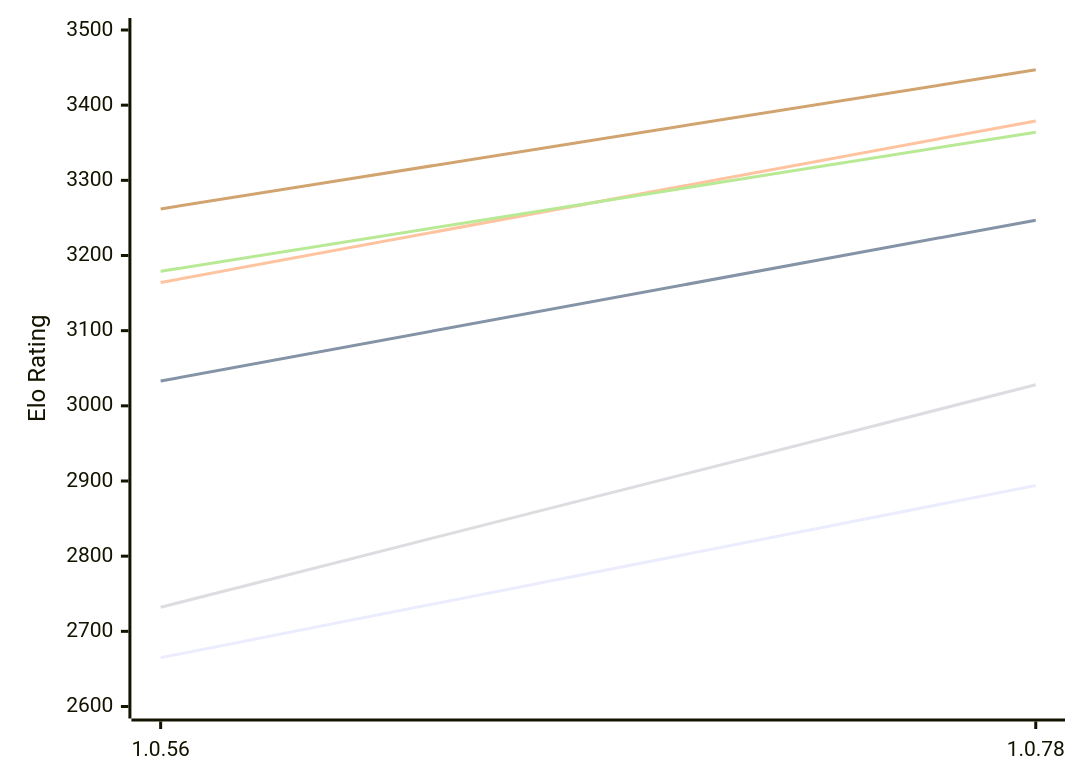
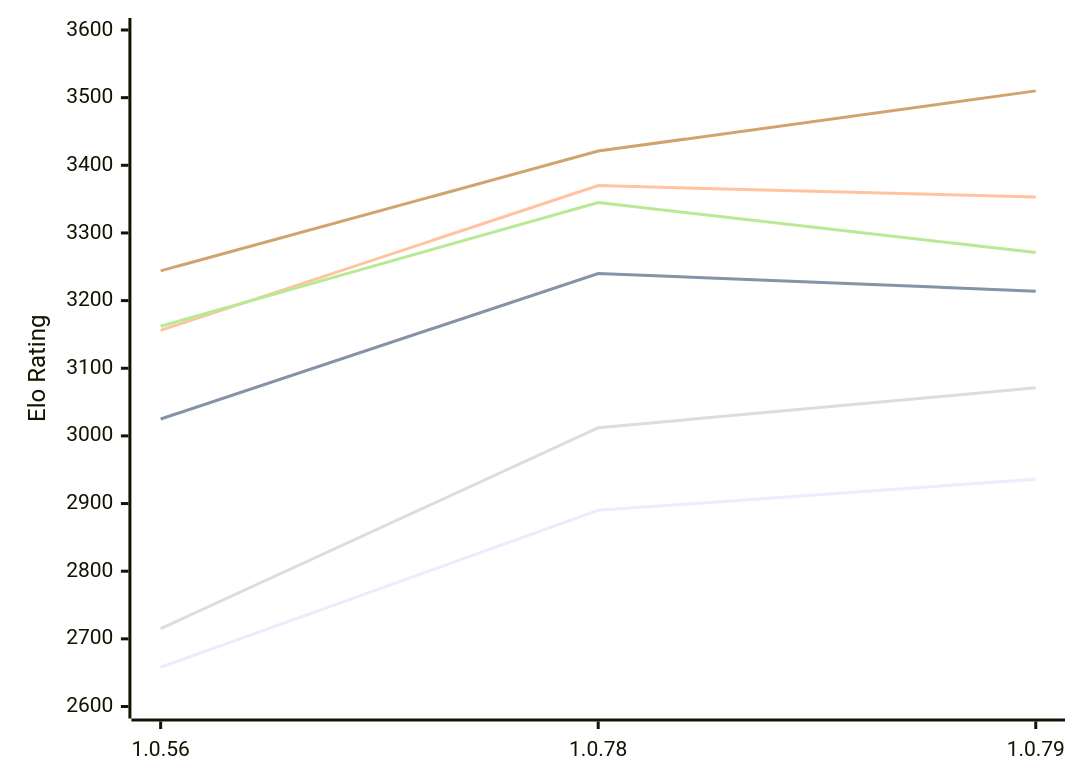
The first of 2 diagrams in engines/RustyRival.md (computer-chess-index/cci), drawn with Mermaid before and after one commit. The commit also changed other lines of this file, not shown here.

Commit message:
Update CCI Ratings (ELO VLTC) - 2026-11-02

````diff
--- a/engines/RustyRival.md
+++ b/engines/RustyRival.md
@@ -63,12 +65,12 @@
 ```mermaid
 %%{init: {"theme":"base","themeVariables":{"seriesColors:['#a3a3a3','#222221','#faa371']}}}%%
 xychart-beta
-  x-axis ["1.0.56", "1.0.78"]
-  y-axis "Elo Rating" 2600 --> 3500
-  line "E1: STC (8.0+0.08s)" [2665, 2894]
-  line "E1: LTC (60.0+0.60s)" [3033, 3247]
-  line "E1: VLTC (2m24s+1.12s)" [3164, 3379]
-  line "P1: STC (8.0+0.08s)" [2732, 3028]
-  line "P1: LTC (60.0+0.60s)" [3179, 3364]
-  line "P1: VLTC (2m24s+1.12s)" [3262, 3447]
+  x-axis ["1.0.56", "1.0.78", "1.0.79"]
+  y-axis "Elo Rating" 2600 --> 3600
+  line "E1: STC (8.0+0.08s)" [2658, 2890, 2936]
+  line "E1: LTC (60.0+0.60s)" [3025, 3240, 3214]
+  line "E1: VLTC (2m24s+1.12s)" [3156, 3370, 3353]
+  line "P1: STC (8.0+0.08s)" [2715, 3012, 3071]
+  line "P1: LTC (60.0+0.60s)" [3162, 3345, 3271]
+  line "P1: VLTC (2m24s+1.12s)" [3244, 3421, 3510]
 ```
````
